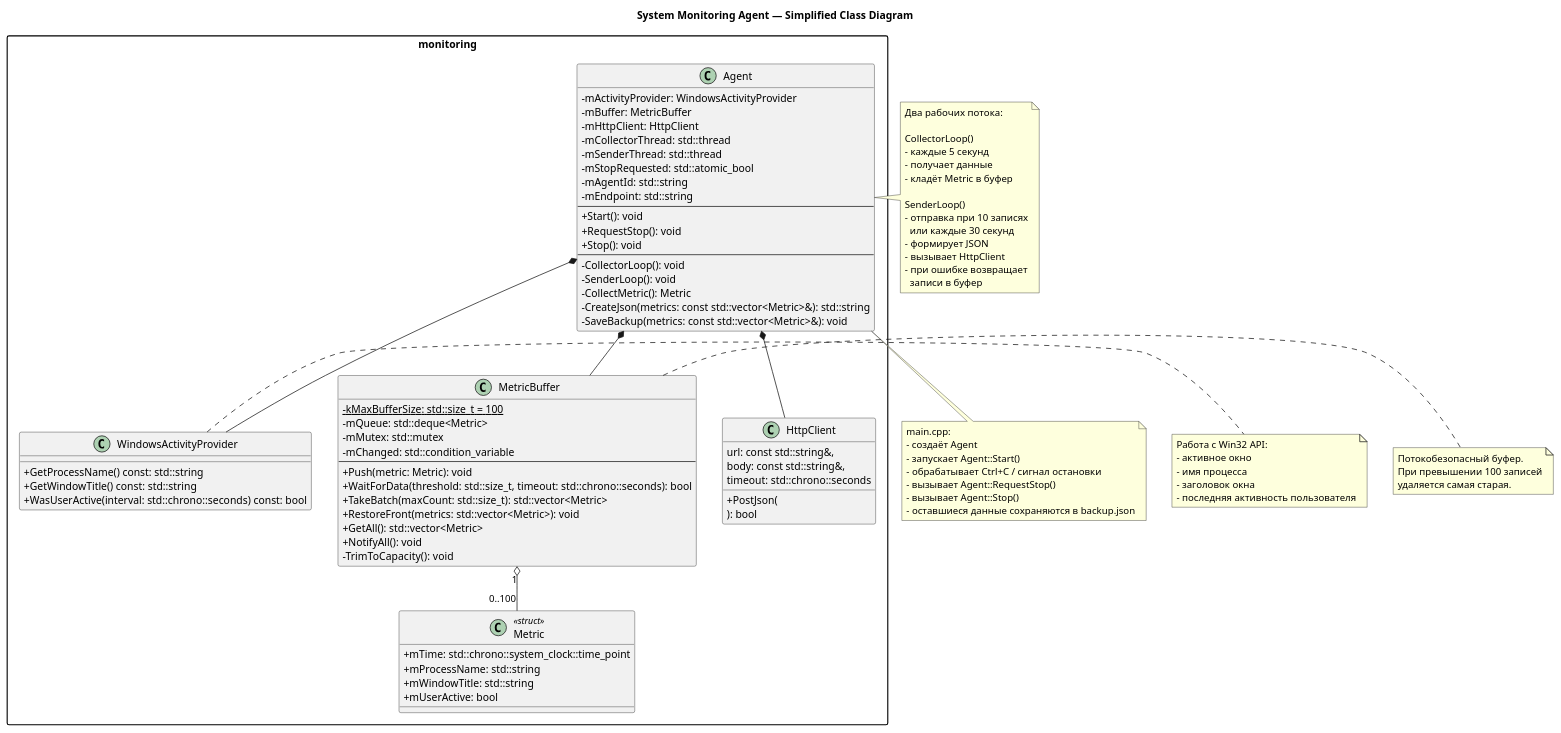
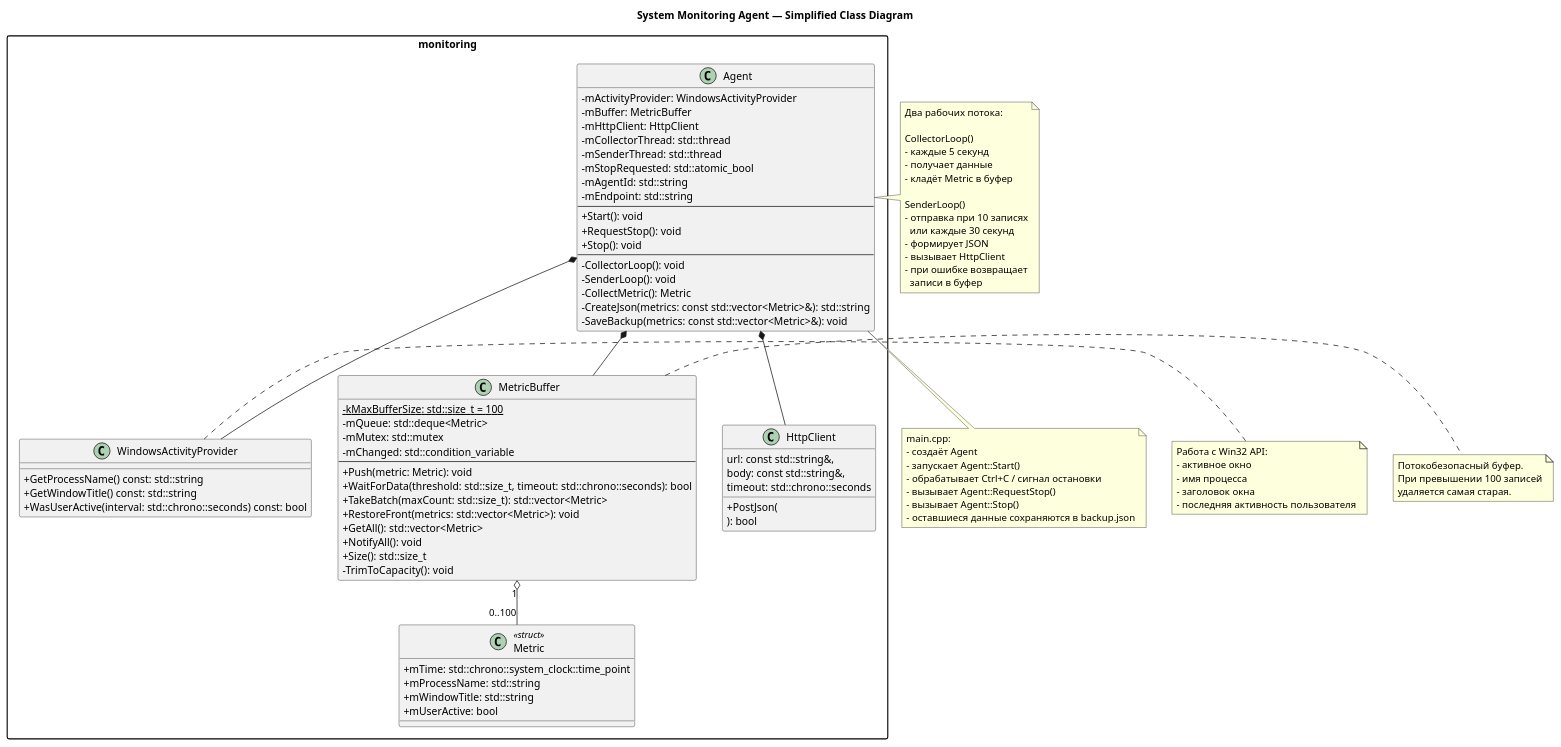
Before and after one commit to kenar03/system-monitoring-agent: the diagram in docs/system_monitoring_agent_simplified.puml, drawn with PlantUML. The commit also changed 4 other files, not shown here.

```diff
--- a/docs/system_monitoring_agent_simplified.puml
+++ b/docs/system_monitoring_agent_simplified.puml
@@ -1,117 +1,118 @@
 @startuml
 title System Monitoring Agent — Simplified Class Diagram
 
 top to bottom direction
 
 skinparam classAttributeIconSize 0
 skinparam shadowing false
 skinparam packageStyle rectangle
 
 namespace monitoring {
 
     class Metric <<struct>> {
         + mTime: std::chrono::system_clock::time_point
         + mProcessName: std::string
         + mWindowTitle: std::string
         + mUserActive: bool
     }
 
     class WindowsActivityProvider {
         + GetProcessName() const: std::string
         + GetWindowTitle() const: std::string
         + WasUserActive(interval: std::chrono::seconds) const: bool
     }
 
     class MetricBuffer {
         {static} - kMaxBufferSize: std::size_t = 100
         - mQueue: std::deque<Metric>
         - mMutex: std::mutex
         - mChanged: std::condition_variable
         --
         + Push(metric: Metric): void
         + WaitForData(threshold: std::size_t, timeout: std::chrono::seconds): bool
         + TakeBatch(maxCount: std::size_t): std::vector<Metric>
         + RestoreFront(metrics: std::vector<Metric>): void
         + GetAll(): std::vector<Metric>
         + NotifyAll(): void
+        + Size(): std::size_t
         - TrimToCapacity(): void
     }
 
     class HttpClient {
         + PostJson(
             url: const std::string&,
             body: const std::string&,
             timeout: std::chrono::seconds
           ): bool
     }
 
     class Agent {
         - mActivityProvider: WindowsActivityProvider
         - mBuffer: MetricBuffer
         - mHttpClient: HttpClient
         - mCollectorThread: std::thread
         - mSenderThread: std::thread
         - mStopRequested: std::atomic_bool
         - mAgentId: std::string
         - mEndpoint: std::string
         --
         + Start(): void
         + RequestStop(): void
         + Stop(): void
         --
         - CollectorLoop(): void
         - SenderLoop(): void
         - CollectMetric(): Metric
         - CreateJson(metrics: const std::vector<Metric>&): std::string
         - SaveBackup(metrics: const std::vector<Metric>&): void
     }
 }
 
 Agent *-- WindowsActivityProvider
 Agent *-- MetricBuffer
 Agent *-- HttpClient
 
 MetricBuffer "1" o-- "0..100" Metric
 
 note right of WindowsActivityProvider
 Работа с Win32 API:
 - активное окно
 - имя процесса
 - заголовок окна
 - последняя активность пользователя
 end note
 
 note right of MetricBuffer
 Потокобезопасный буфер.
 При превышении 100 записей
 удаляется самая старая.
 end note
 
 note right of Agent
 Два рабочих потока:
 
 CollectorLoop()
 - каждые 5 секунд
 - получает данные
 - кладёт Metric в буфер
 
 SenderLoop()
 - отправка при 10 записях
   или каждые 30 секунд
 - формирует JSON
 - вызывает HttpClient
 - при ошибке возвращает
   записи в буфер
 end note
 
 note bottom of Agent
 main.cpp:
 - создаёт Agent
 - запускает Agent::Start()
 - обрабатывает Ctrl+C / сигнал остановки
 - вызывает Agent::RequestStop()
 - вызывает Agent::Stop()
 - оставшиеся данные сохраняются в backup.json
 end note
 
 @enduml
```
